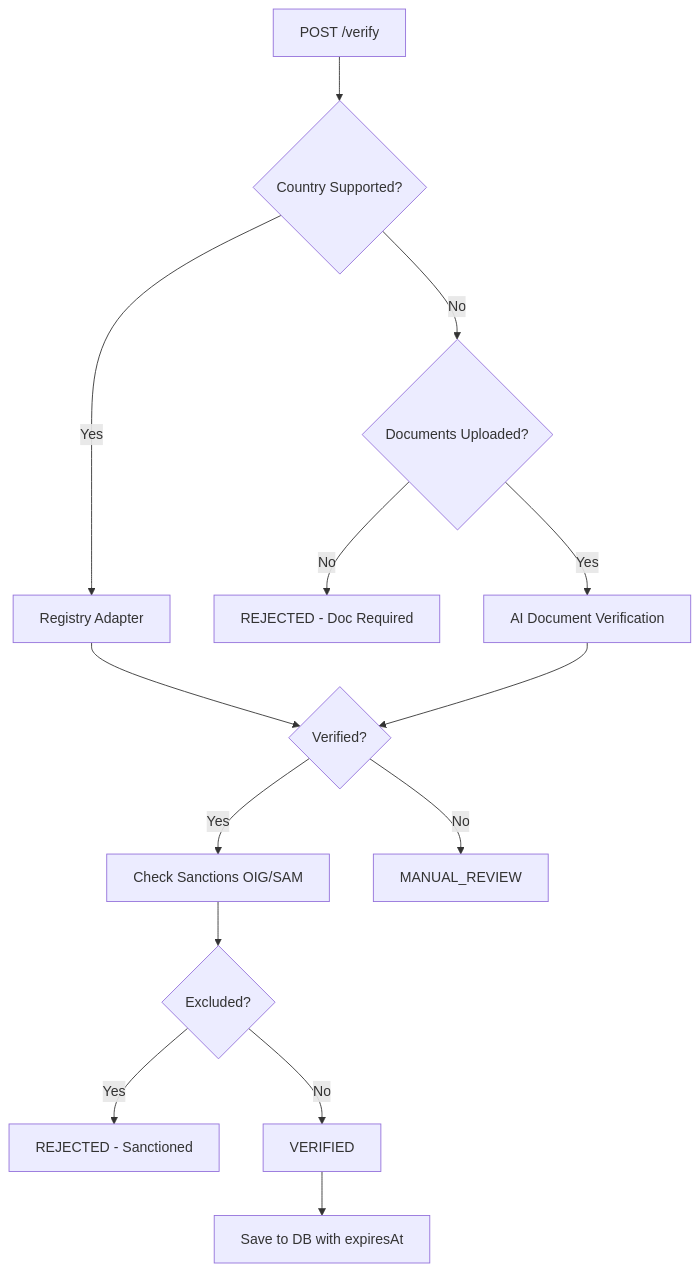
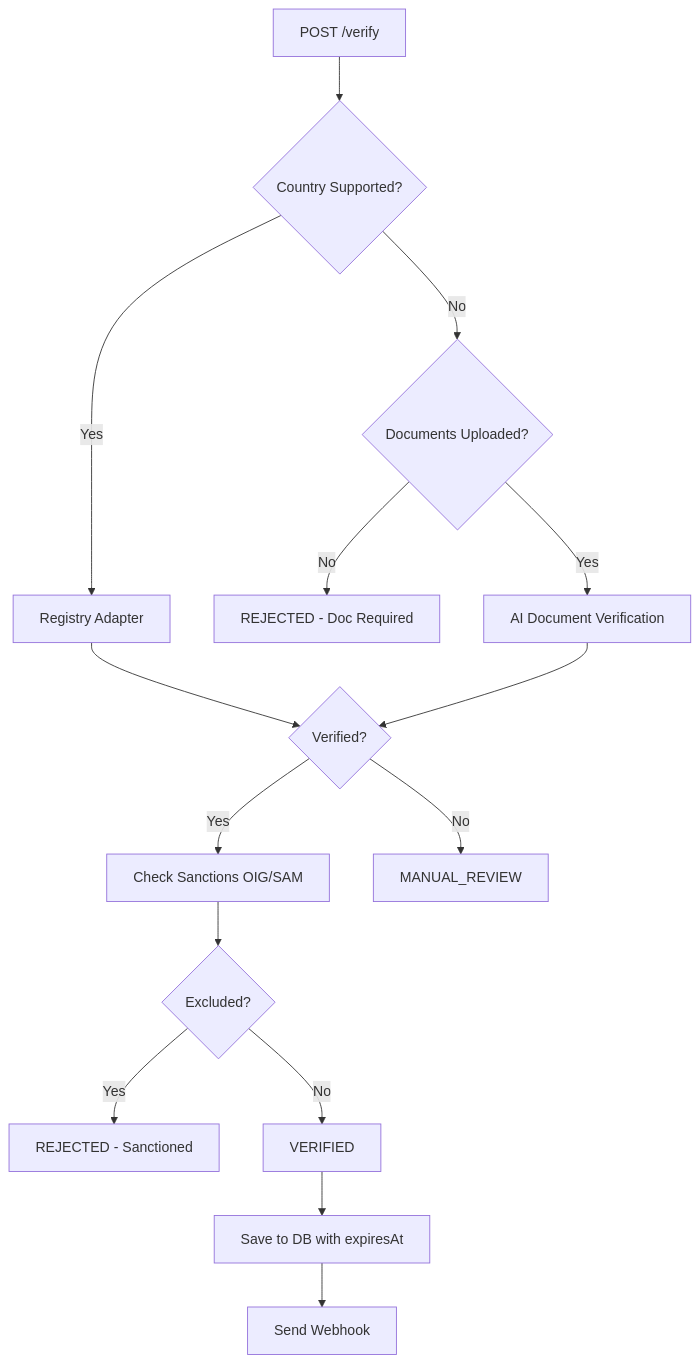
The diagram in docs/ARCHITECTURE.md (daretechie/verimed), drawn with Mermaid before and after one commit. The commit also changed other lines of this file, not shown here.

Commit message:
docs: update ARCHITECTURE.md with batch API and webhooks

````diff
--- a/docs/ARCHITECTURE.md
+++ b/docs/ARCHITECTURE.md
@@ -145,16 +165,17 @@
 ```mermaid
 flowchart TD
     A[POST /verify] --> B{Country Supported?}
     B -->|Yes| C[Registry Adapter]
     B -->|No| D{Documents Uploaded?}
     D -->|No| E[REJECTED - Doc Required]
     D -->|Yes| F[AI Document Verification]
     C --> G{Verified?}
     F --> G
     G -->|Yes| H[Check Sanctions OIG/SAM]
     G -->|No| I[MANUAL_REVIEW]
     H --> J{Excluded?}
     J -->|Yes| K[REJECTED - Sanctioned]
     J -->|No| L[VERIFIED]
     L --> M[Save to DB with expiresAt]
+    M --> N[Send Webhook]
 ```
````
